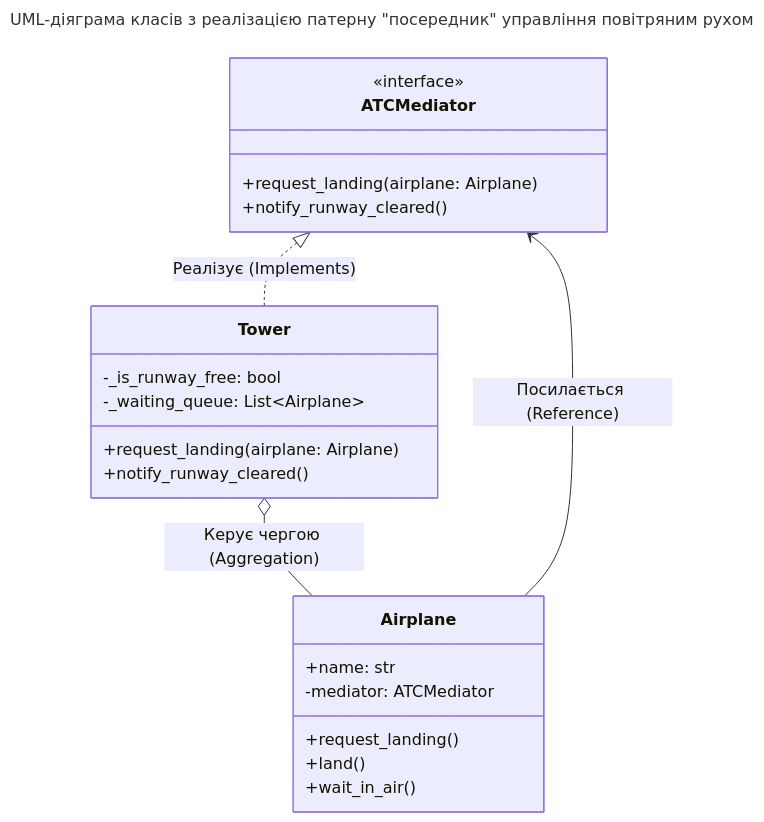
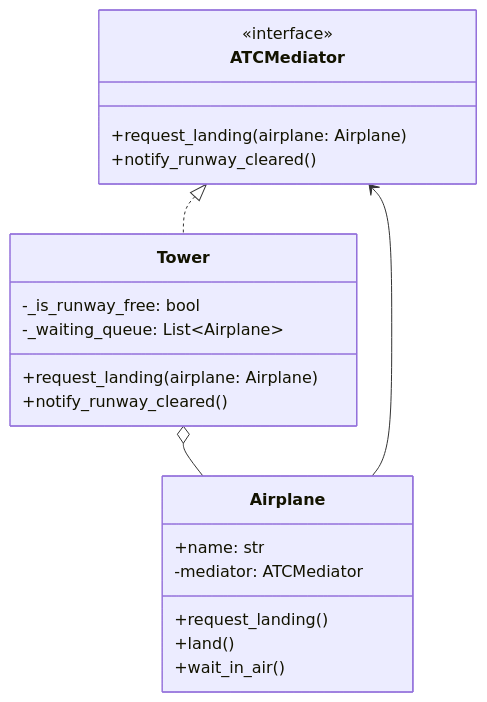
Before and after one commit to Anaziiii/top-kh-2026: the diagram in danylo-kudla/lab14/lab14.md, drawn with Mermaid. The commit also changed other lines of this file, not shown here.

Commit message:
fix UML-diagram

````diff
--- a/danylo-kudla/lab14/lab14.md
+++ b/danylo-kudla/lab14/lab14.md
@@ -30,30 +9,28 @@
 ```mermaid
----
-title: UML-діяграма класів з реалізацією патерну "посередник" управління повітряним рухом
----
+
 classDiagram
     class ATCMediator {
         <<interface>>
         +request_landing(airplane: Airplane)
         +notify_runway_cleared()
     }
 
     class Tower {
         -_is_runway_free: bool
         -_waiting_queue: List~Airplane~
         +request_landing(airplane: Airplane)
         +notify_runway_cleared()
     }
 
     class Airplane {
         +name: str
         -mediator: ATCMediator
         +request_landing()
         +land()
         +wait_in_air()
     }
 
-    ATCMediator <|.. Tower : Реалізує (Implements)
-    Airplane --> ATCMediator : Посилається (Reference)
-    Tower o-- Airplane : Керує чергою (Aggregation)
+    ATCMediator <|.. Tower : 
+    Airplane --> ATCMediator :  
+    Tower o-- Airplane : 
 ```
````
